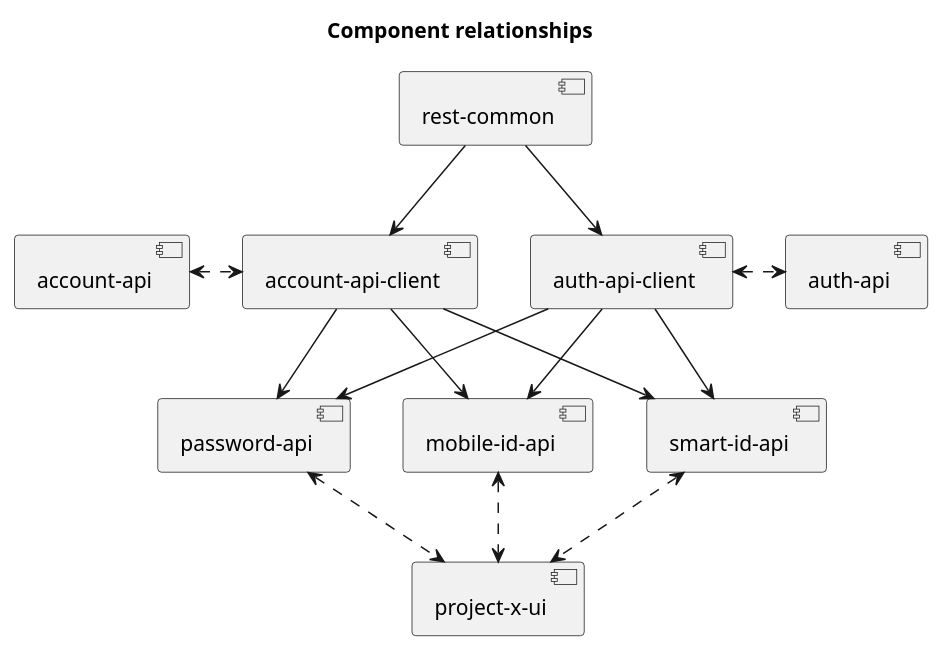
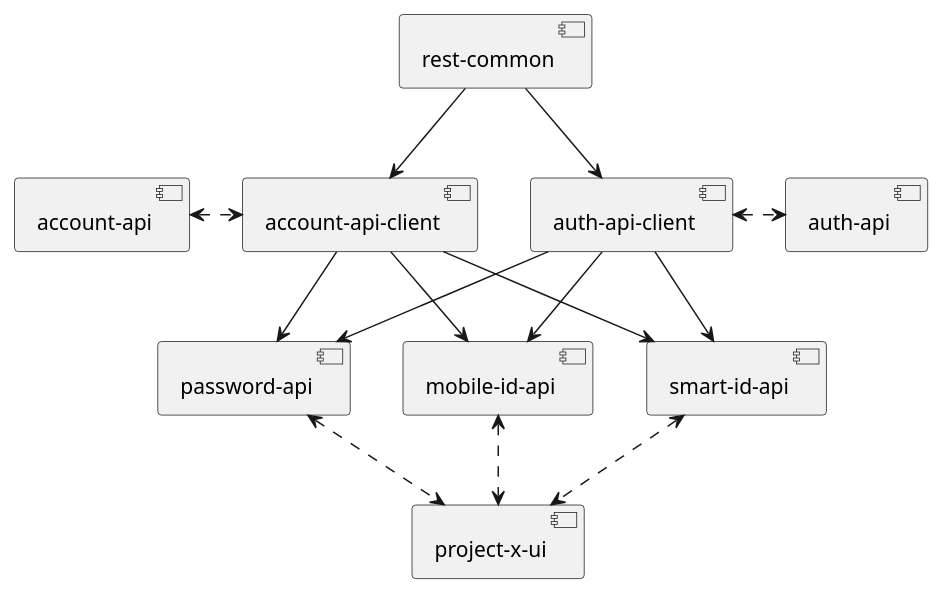
The diagram in component-relationships.iuml (kristoisberg/auth-demo), drawn with PlantUML before and after one commit. The commit also changed 1 other file, not shown here.

Commit message:
Add a legend for the component relationship diagram

```diff
--- a/component-relationships.iuml
+++ b/component-relationships.iuml
@@ -1,33 +1,31 @@
 @startuml project-x
-
-title Component relationships
 
 [rest-common] as RestCommon
 [account-api-client] as AccountApiClient
 [auth-api-client] as AuthApiClient
 [auth-api] as AuthApi
 [account-api] as AccountApi
 [password-api] as PasswordApi
 [mobile-id-api] as MobileIdApi
 [smart-id-api] as SmartIdApi
 [project-x-ui] as UI
 
 [AccountApiClient] <-up- [RestCommon]
 [AuthApiClient] <-up- [RestCommon]
 
 [PasswordApi] <..> UI
 [MobileIdApi] <..> UI
 [SmartIdApi] <..> UI
 
-[AuthApi] <...left...> [AuthApiClient]
-[AccountApi] <...right...> [AccountApiClient]
+[AuthApi] <.left.> [AuthApiClient]
+[AccountApi] <.right.> [AccountApiClient]
 
 [AuthApiClient] --> [PasswordApi]
 [AuthApiClient] --> [MobileIdApi]
 [AuthApiClient] --> [SmartIdApi]
 
 [AccountApiClient] --> [PasswordApi]
 [AccountApiClient] --> [MobileIdApi]
 [AccountApiClient] --> [SmartIdApi]
 
 @enduml
```
